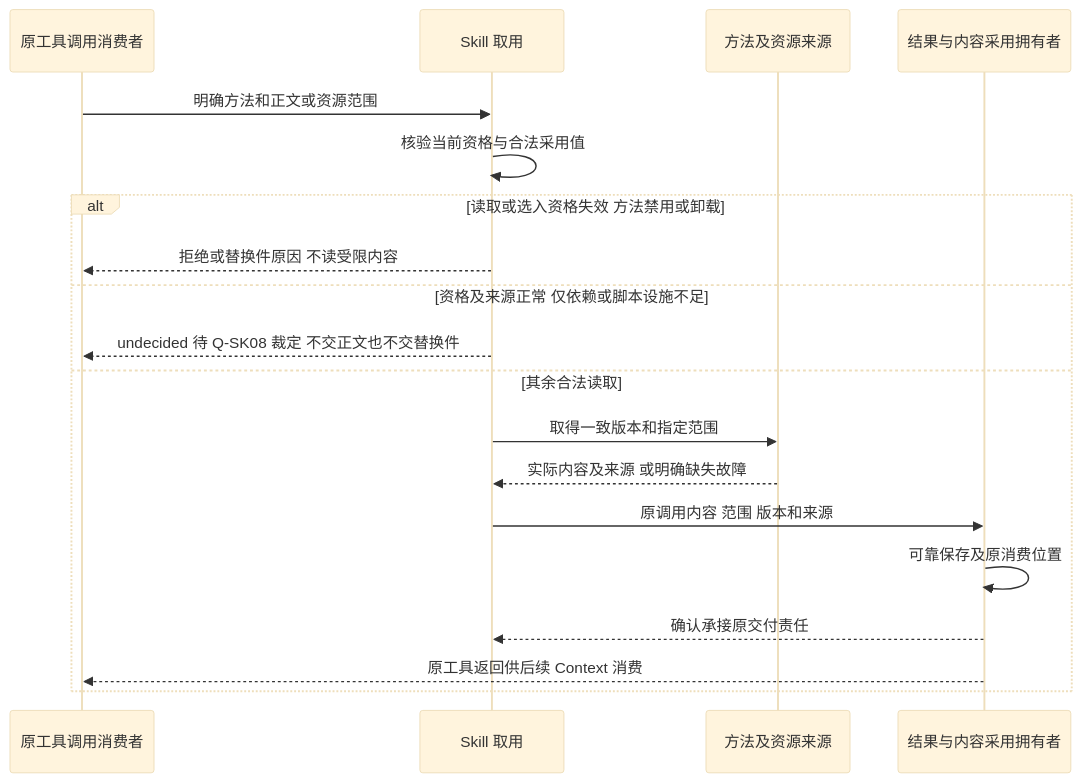
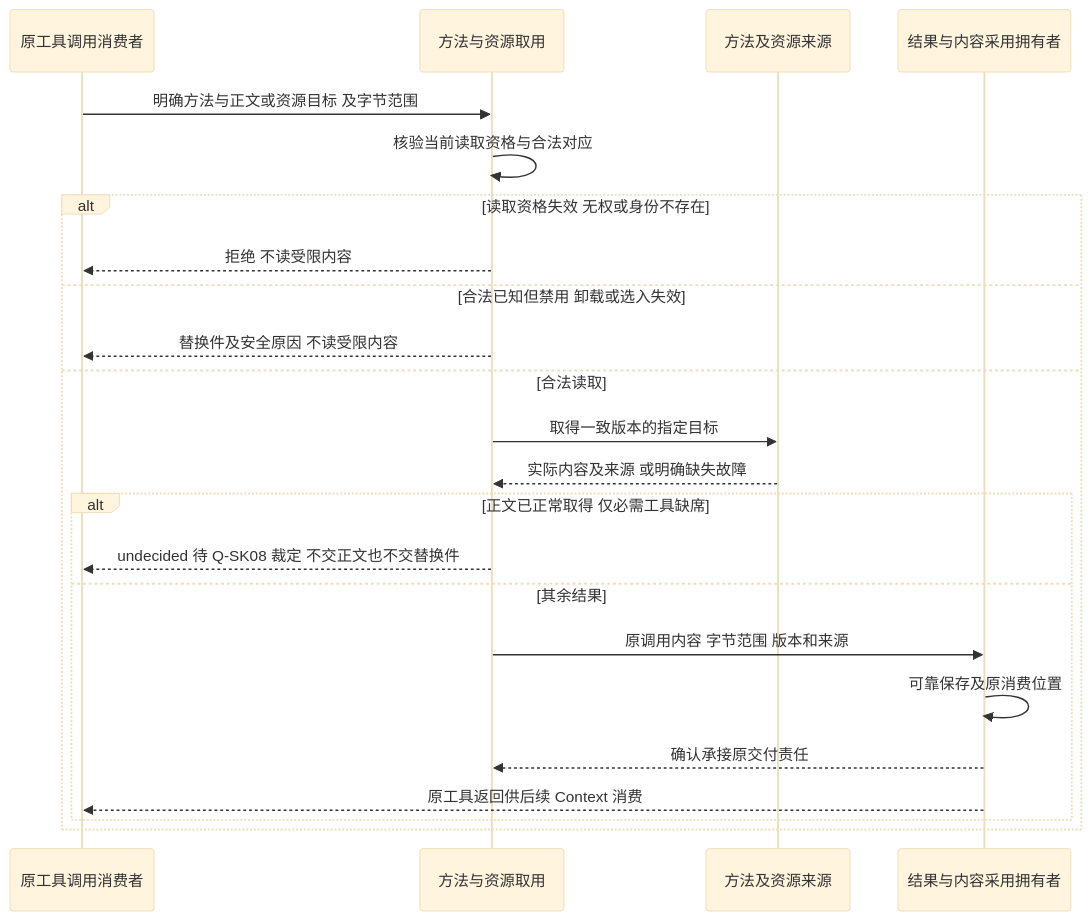
The first of 4 diagrams in docs/domains/skills/key-flows.md (nemori-ai/omne-harness-lite), drawn with Mermaid (base theme) before and after one commit. The commit also changed other lines of this file and 6 other files, not shown here.

````diff
--- a/docs/domains/skills/key-flows.md
+++ b/docs/domains/skills/key-flows.md
@@ -15,21 +15,25 @@
 ```mermaid
 sequenceDiagram
   participant C as 原工具调用消费者
-  participant A as Skill 取用
+  participant A as 方法与资源取用
   participant S as 方法及资源来源
   participant R as 结果与内容采用拥有者
-  C->>A: 明确方法和正文或资源范围
-  A->>A: 核验当前资格与合法采用值
-  alt 读取或选入资格失效 方法禁用或卸载
-    A-->>C: 拒绝或替换件原因 不读受限内容
-  else 资格及来源正常 仅依赖或脚本设施不足
-    A-->>C: undecided 待 Q-SK08 裁定 不交正文也不交替换件
-  else 其余合法读取
-    A->>S: 取得一致版本和指定范围
+  C->>A: 明确方法与正文或资源目标 及字节范围
+  A->>A: 核验当前读取资格与合法对应
+  alt 读取资格失效 无权或身份不存在
+    A-->>C: 拒绝 不读受限内容
+  else 合法已知但禁用 卸载或选入失效
+    A-->>C: 替换件及安全原因 不读受限内容
+  else 合法读取
+    A->>S: 取得一致版本的指定目标
     S-->>A: 实际内容及来源 或明确缺失故障
-    A->>R: 原调用内容 范围 版本和来源
-    R->>R: 可靠保存及原消费位置
-    R-->>A: 确认承接原交付责任
-    R-->>C: 原工具返回供后续 Context 消费
+    alt 正文已正常取得 仅必需工具缺席
+      A-->>C: undecided 待 Q-SK08 裁定 不交正文也不交替换件
+    else 其余结果
+      A->>R: 原调用内容 字节范围 版本和来源
+      R->>R: 可靠保存及原消费位置
+      R-->>A: 确认承接原交付责任
+      R-->>C: 原工具返回供后续 Context 消费
+    end
   end
 ```
````
